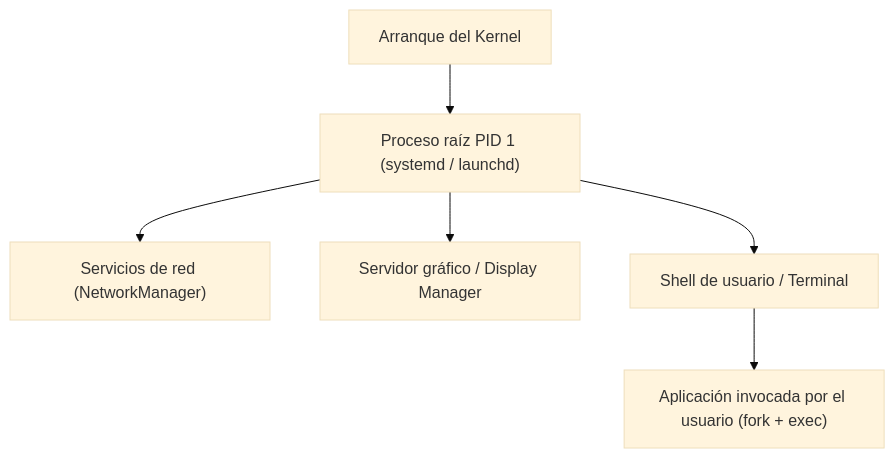
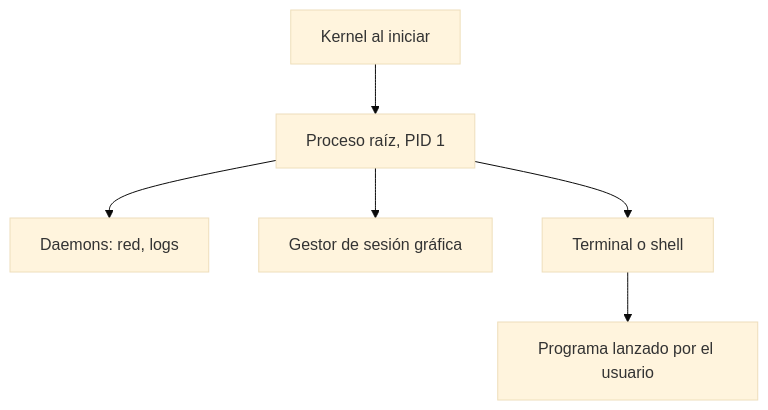
The diagram in Sistemas Operativos y Redes/02-Procesos/05 - Jerarquía y creación de procesos con fork.md (EstebanKiito/my-brain), drawn with Mermaid (base theme) before and after one commit. The commit also changed other lines of this file and 2 other files, not shown here.

Commit message:
reescribe: 05 - Jerarquía y creación de procesos con fork

````diff
--- a/Sistemas Operativos y Redes/02-Procesos/05 - Jerarquía y creación de procesos con fork.md
+++ b/Sistemas Operativos y Redes/02-Procesos/05 - Jerarquía y creación de procesos con fork.md
@@ -48,8 +25,8 @@
 ```mermaid
 flowchart TD
-  KernelInit["Arranque del Kernel"] --> Init["Proceso raíz PID 1 (systemd / launchd)"]
-  Init --> Daemon1["Servicios de red (NetworkManager)"]
-  Init --> Daemon2["Servidor gráfico / Display Manager"]
-  Init --> Shell["Shell de usuario / Terminal"]
-  Shell --> UserApp["Aplicación invocada por el usuario (fork + exec)"]
+  K["Kernel al iniciar"] --> R["Proceso raíz, PID 1"]
+  R --> D1["Daemons: red, logs"]
+  R --> D2["Gestor de sesión gráfica"]
+  R --> S["Terminal o shell"]
+  S --> A["Programa lanzado por el usuario"]
 ```
````
